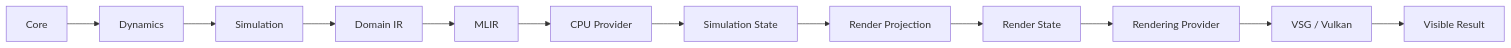
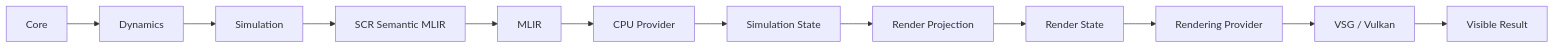
Diagram 12 of 21 in 002_GETTING_STARTED.md (zharia/Semantic-Computational-Runtime), drawn with Mermaid before and after one commit. The commit also changed other lines of this file and 47 other files, not shown here.

First line of the commit message:
feat: MLIR-first architectural alignment pass

````diff
--- a/002_GETTING_STARTED.md
+++ b/002_GETTING_STARTED.md
@@ -890,17 +890,17 @@
 ```mermaid
 flowchart LR
     A["Core"]
     B["Dynamics"]
     C["Simulation"]
-    D["Domain IR"]
+    D["SCR Semantic MLIR"]
     E["MLIR"]
     F["CPU Provider"]
     G["Simulation State"]
     H["Render Projection"]
     I["Render State"]
     J["Rendering Provider"]
     K["VSG / Vulkan"]
     L["Visible Result"]
 
     A --> B --> C --> D --> E --> F --> G --> H --> I --> J --> K --> L
 ```
````
